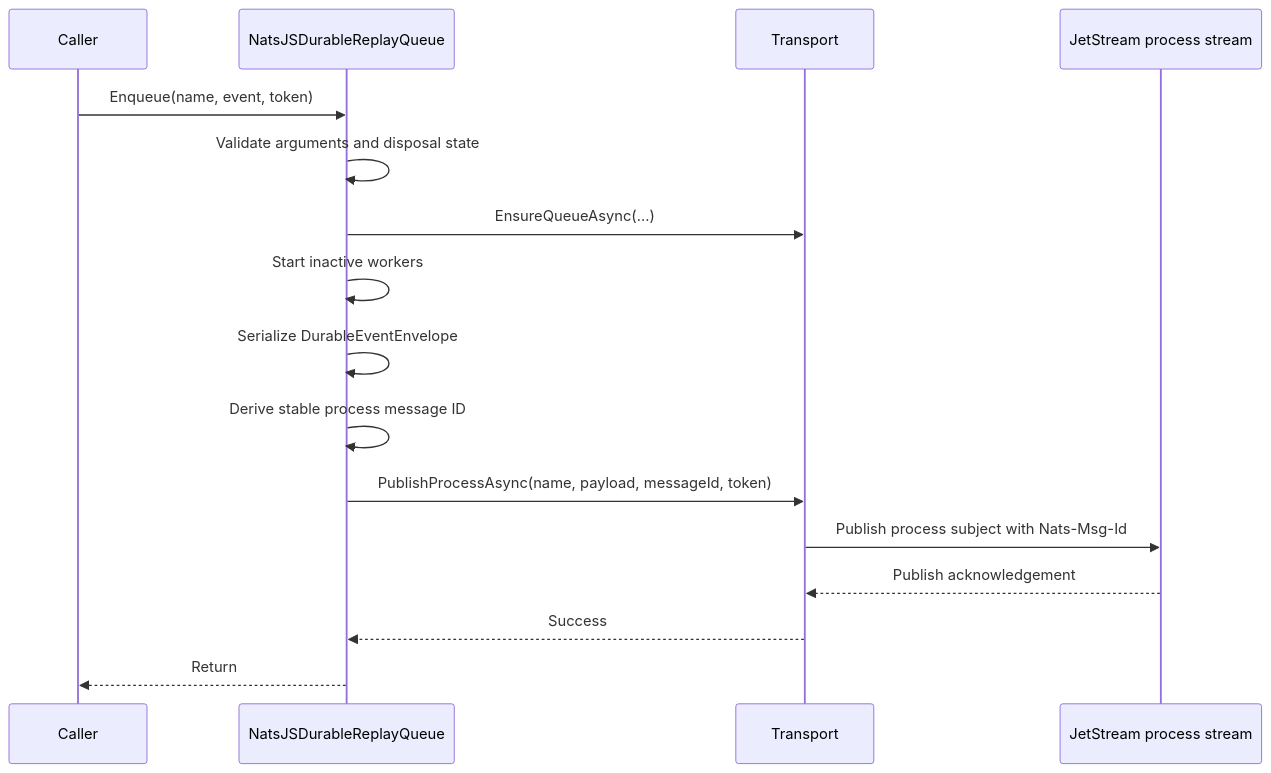
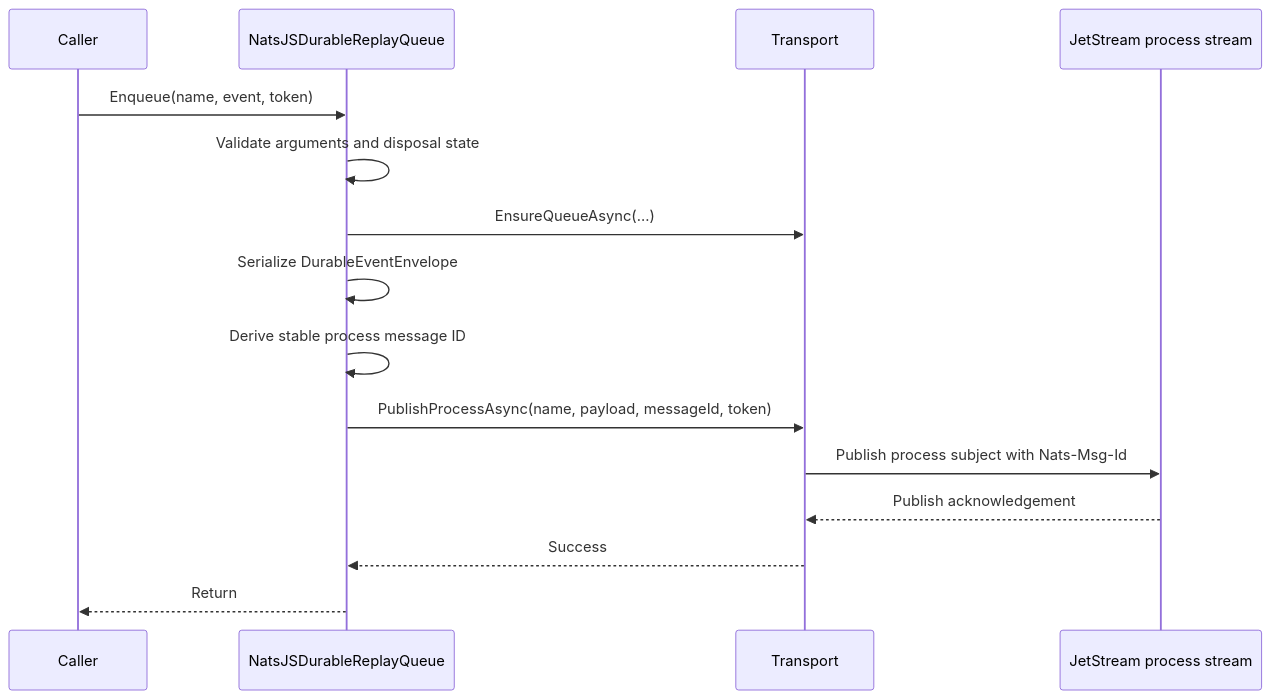
One commit to basilthomas911/IFM changed the third of 5 diagrams in TomasAI.IFM.Framework.Messaging.Nats/Docs/NatsJSDurableReplayQueue.md. Above: the diagram before and after it, drawn with Mermaid. The commit also changed other lines of this file and 24 other files, not shown here.

````diff
--- a/TomasAI.IFM.Framework.Messaging.Nats/Docs/NatsJSDurableReplayQueue.md
+++ b/TomasAI.IFM.Framework.Messaging.Nats/Docs/NatsJSDurableReplayQueue.md
@@ -216,19 +218,18 @@
 ```mermaid
 sequenceDiagram
     participant Caller
     participant Queue as NatsJSDurableReplayQueue
     participant Transport
     participant JS as JetStream process stream
 
     Caller->>Queue: Enqueue(name, event, token)
     Queue->>Queue: Validate arguments and disposal state
     Queue->>Transport: EnsureQueueAsync(...)
-    Queue->>Queue: Start inactive workers
     Queue->>Queue: Serialize DurableEventEnvelope
     Queue->>Queue: Derive stable process message ID
     Queue->>Transport: PublishProcessAsync(name, payload, messageId, token)
     Transport->>JS: Publish process subject with Nats-Msg-Id
     JS-->>Transport: Publish acknowledgement
     Transport-->>Queue: Success
     Queue-->>Caller: Return
 ```
````
